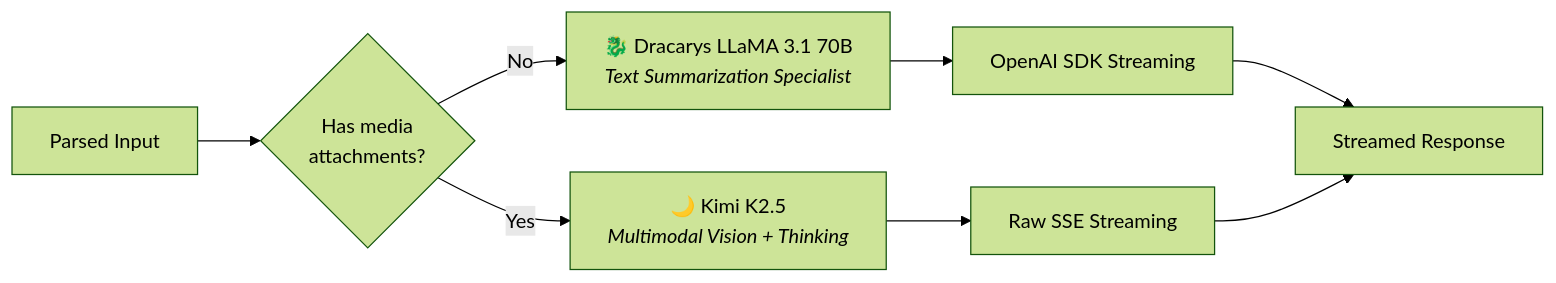
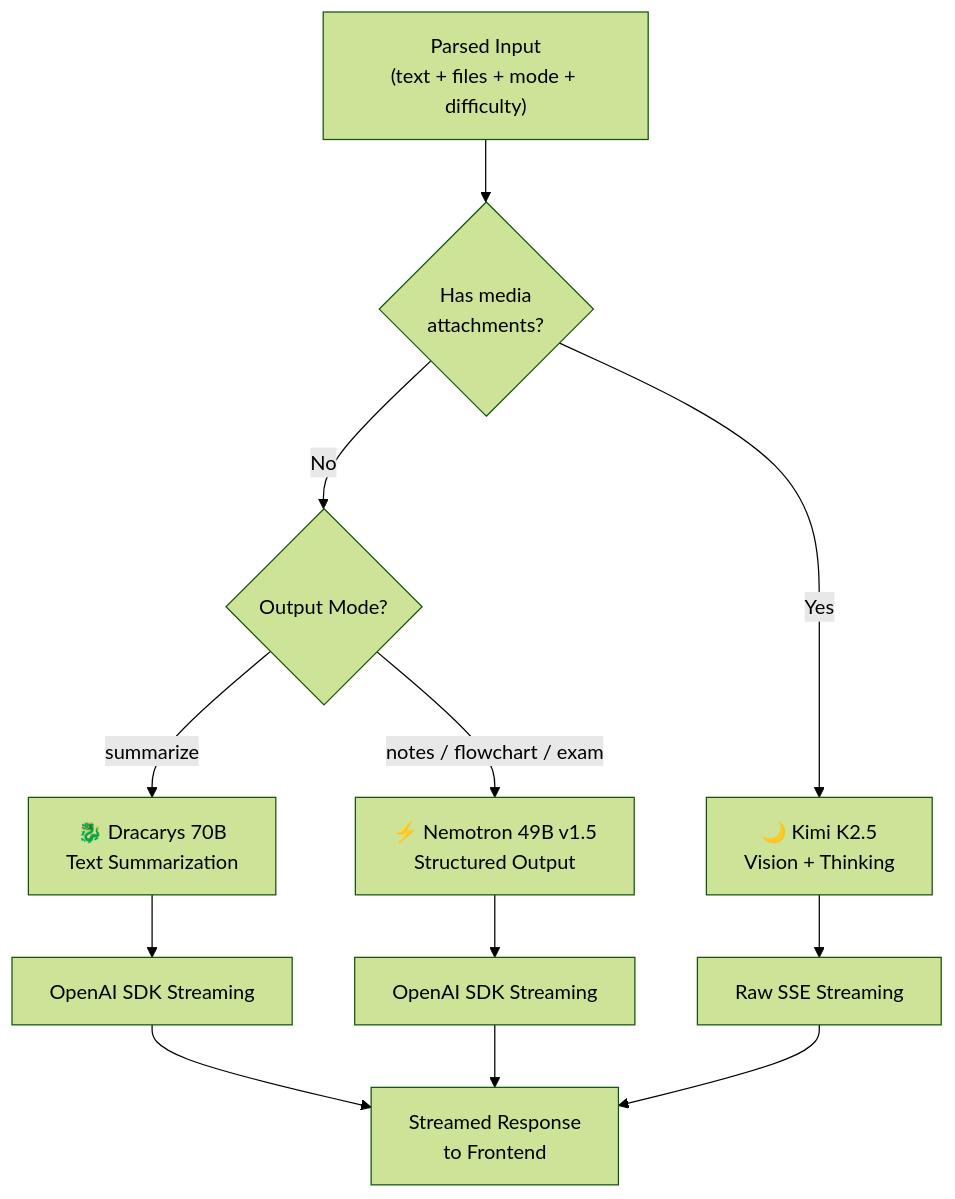
The third of 6 diagrams in architecture_flow.md (Abhishe6611/Text-and-Image-Summerization), drawn with Mermaid (forest theme) before and after one commit. The commit also changed other lines of this file and 7 other files, not shown here.

First line of the commit message:
feat: Add tri-model architecture, 4 output modes, Neobrutalist UI overhaul

````diff
--- a/architecture_flow.md
+++ b/architecture_flow.md
@@ -116,12 +129,16 @@
 ```mermaid
-graph LR
-    Input["Parsed Input"] --> Decision{"Has media<br/>attachments?"}
-    Decision -->|"No"| Dracarys["🐉 Dracarys LLaMA 3.1 70B<br/><i>Text Summarization Specialist</i>"]
-    Decision -->|"Yes"| Kimi["🌙 Kimi K2.5<br/><i>Multimodal Vision + Thinking</i>"]
-    
-    Dracarys --> Stream1["OpenAI SDK Streaming"]
-    Kimi --> Stream2["Raw SSE Streaming"]
-    
-    Stream1 --> Output["Streamed Response"]
-    Stream2 --> Output
+graph TD
+    Input["Parsed Input<br/>(text + files + mode + difficulty)"] --> MediaCheck{"Has media<br/>attachments?"}
+    MediaCheck -->|"Yes"| Kimi["🌙 Kimi K2.5<br/>Vision + Thinking"]
+    MediaCheck -->|"No"| ModeCheck{"Output Mode?"}
+    ModeCheck -->|"summarize"| Dracarys["🐉 Dracarys 70B<br/>Text Summarization"]
+    ModeCheck -->|"notes / flowchart / exam"| Nemotron["⚡ Nemotron 49B v1.5<br/>Structured Output"]
+
+    Dracarys --> StreamA["OpenAI SDK Streaming"]
+    Nemotron --> StreamB["OpenAI SDK Streaming"]
+    Kimi --> StreamC["Raw SSE Streaming"]
+
+    StreamA --> Output["Streamed Response<br/>to Frontend"]
+    StreamB --> Output
+    StreamC --> Output
 ```
````
